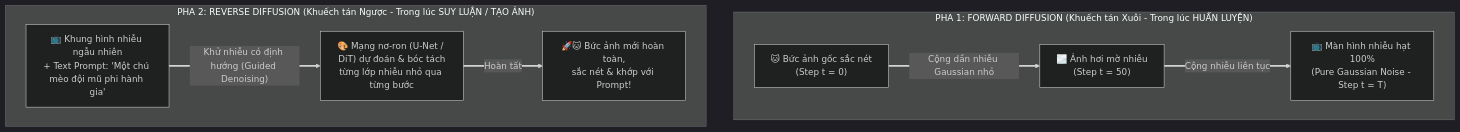
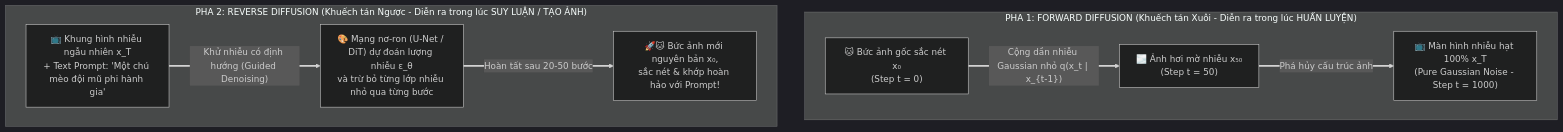
The fourth of 6 diagrams in Module_10_Additional_Topics.md (nxthanh2904/nca-genl), drawn with Mermaid (dark theme) before and after one commit. The commit also changed other lines of this file and 11 other files, not shown here.

````diff
--- a/Module_10_Additional_Topics.md
+++ b/Module_10_Additional_Topics.md
@@ -100,20 +137,20 @@
 ```mermaid
 flowchart TD
-    subgraph P1["PHA 1: FORWARD DIFFUSION (Khuếch tán Xuôi - Trong lúc HUẤN LUYỆN)"]
+    subgraph P1["PHA 1: FORWARD DIFFUSION (Khuếch tán Xuôi - Diễn ra trong lúc HUẤN LUYỆN)"]
         direction LR
-        Img0["🐱 Bức ảnh gốc sắc nét<br/>(Step t = 0)"]
-        Img1["🌫️ Ảnh hơi mờ nhiễu<br/>(Step t = 50)"]
-        ImgT["📺 Màn hình nhiễu hạt 100%<br/>(Pure Gaussian Noise - Step t = T)"]
+        Img0["🐱 Bức ảnh gốc sắc nét x₀<br/>(Step t = 0)"]
+        Img1["🌫️ Ảnh hơi mờ nhiễu x₅₀<br/>(Step t = 50)"]
+        ImgT["📺 Màn hình nhiễu hạt 100% x_T<br/>(Pure Gaussian Noise - Step t = 1000)"]
         
-        Img0 ==>|"Cộng dần nhiễu Gaussian nhỏ"| Img1 ==>|"Cộng nhiễu liên tục"| ImgT
+        Img0 ==>|"Cộng dần nhiễu Gaussian nhỏ q(x_t | x_{t-1})"| Img1 ==>|"Phá hủy cấu trúc ảnh"| ImgT
     end
 
-    subgraph P2["PHA 2: REVERSE DIFFUSION (Khuếch tán Ngược - Trong lúc SUY LUẬN / TẠO ẢNH)"]
+    subgraph P2["PHA 2: REVERSE DIFFUSION (Khuếch tán Ngược - Diễn ra trong lúc SUY LUẬN / TẠO ẢNH)"]
         direction LR
-        Noise["📺 Khung hình nhiễu ngẫu nhiên<br/>+ Text Prompt: 'Một chú mèo đội mũ phi hành gia'"]
-        Denoise["🎨 Mạng nơ-ron (U-Net / DiT) dự đoán & bóc tách<br/>từng lớp nhiễu nhỏ qua từng bước"]
-        NewImg["🚀🐱 Bức ảnh mới hoàn toàn,<br/>sắc nét & khớp với Prompt!"]
+        Noise["📺 Khung hình nhiễu ngẫu nhiên x_T<br/>+ Text Prompt: 'Một chú mèo đội mũ phi hành gia'"]
+        Denoise["🎨 Mạng nơ-ron (U-Net / DiT) dự đoán lượng nhiễu ε_θ<br/>và trừ bỏ từng lớp nhiễu nhỏ qua từng bước"]
+        NewImg["🚀🐱 Bức ảnh mới nguyên bản x₀,<br/>sắc nét & khớp hoàn hảo với Prompt!"]
         
-        Noise ==>|"Khử nhiễu có định hướng (Guided Denoising)"| Denoise ==>|"Hoàn tất"| NewImg
+        Noise ==>|"Khử nhiễu có định hướng (Guided Denoising)"| Denoise ==>|"Hoàn tất sau 20-50 bước"| NewImg
     end
 ```
````
